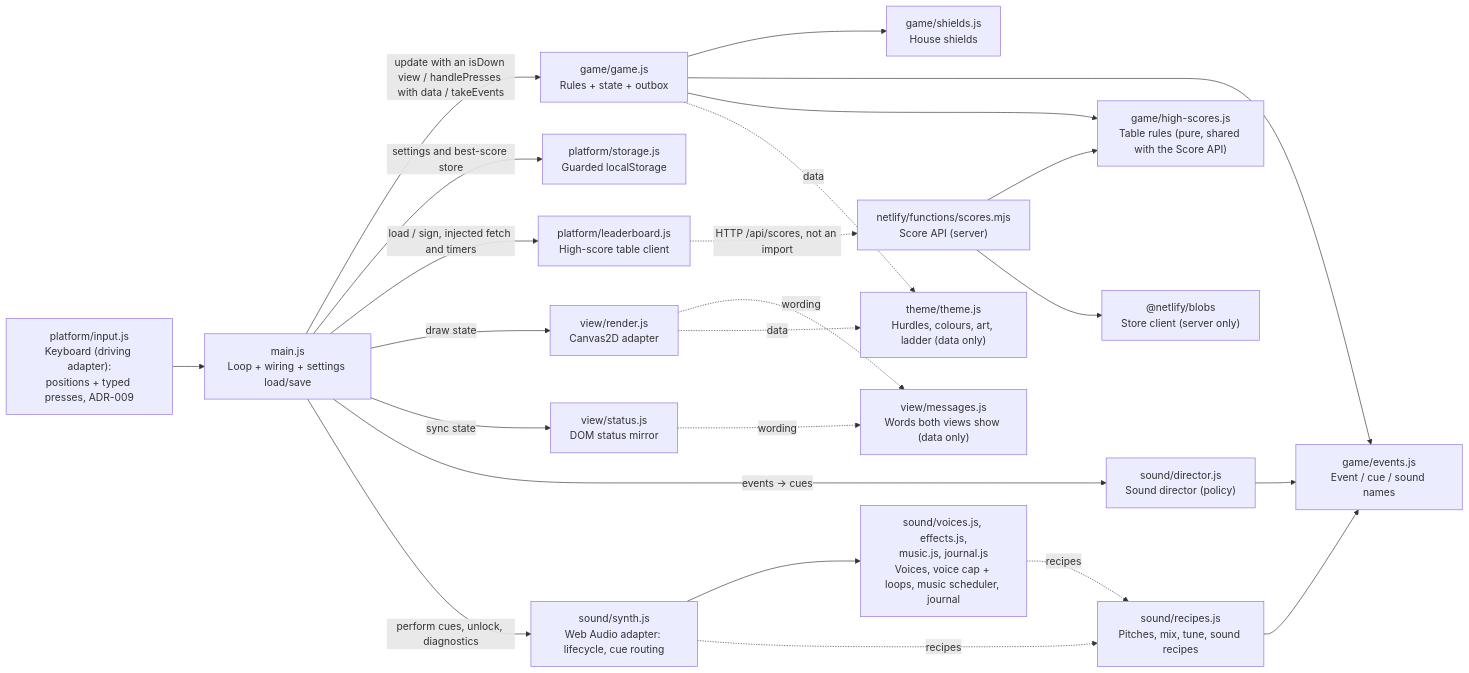
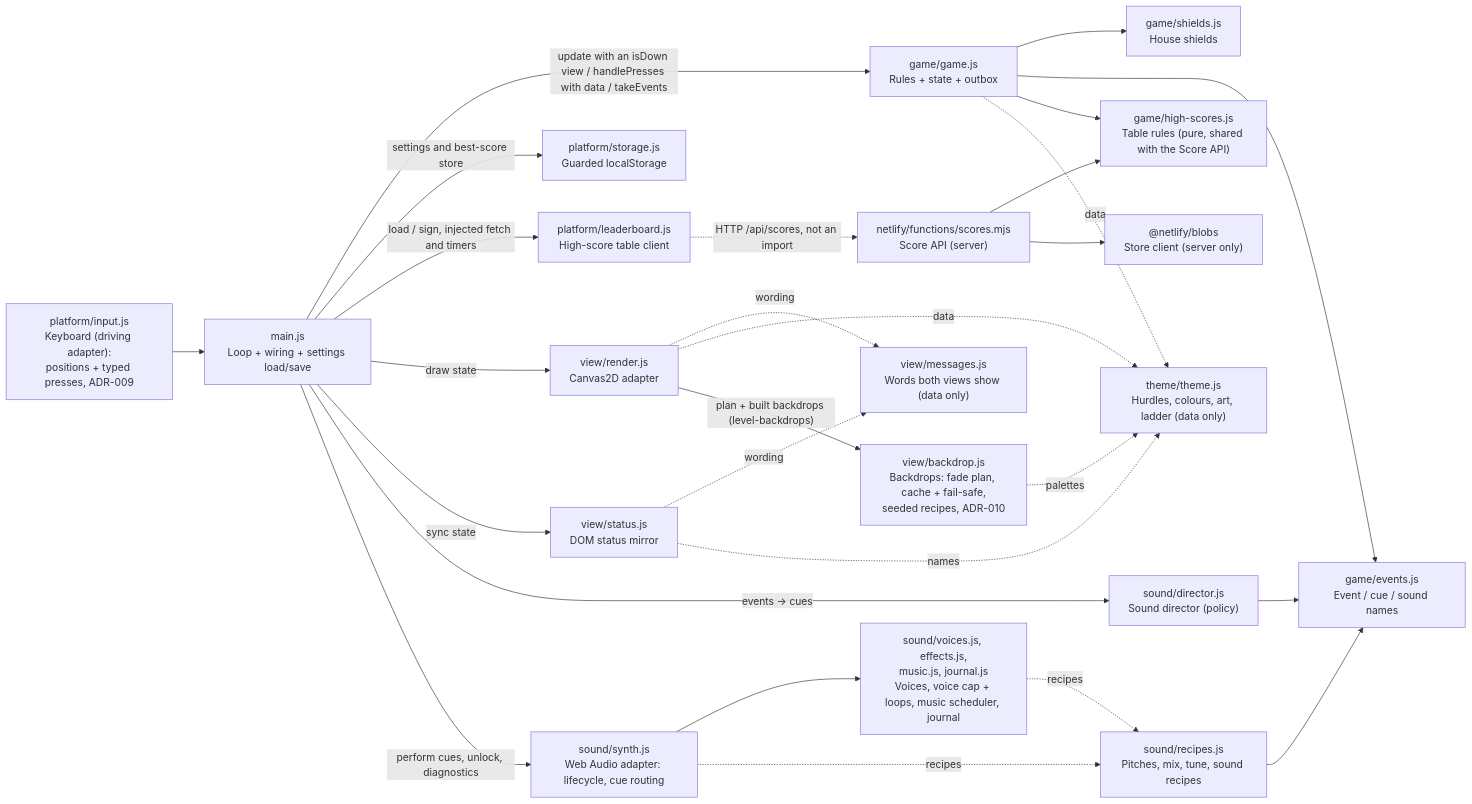
Before and after one commit to lagom1985/rightmove-space-invaders: the third of 3 diagrams in docs/product/architecture/brief.md, drawn with Mermaid. The commit also changed other lines of this file and 3 other files, not shown here.

First line of the commit message:
docs(rightmove-invaders-level-backdrops): DESIGN (neighbourhood backdrops, ADR-010 and ADR-011)

````diff
--- a/docs/product/architecture/brief.md
+++ b/docs/product/architecture/brief.md
@@ -80,26 +82,29 @@
 ```mermaid
 flowchart LR
   kb["platform/input.js<br/>Keyboard (driving adapter):<br/>positions + typed presses, ADR-009"] --> main
   main["main.js<br/>Loop + wiring + settings load/save"] -->|"update with an isDown view / handlePresses with data / takeEvents"| game["game/game.js<br/>Rules + state + outbox"]
   game --> shields["game/shields.js<br/>House shields"]
   game --> events["game/events.js<br/>Event / cue / sound names"]
   game --> rules["game/high-scores.js<br/>Table rules (pure, shared with the Score API)"]
   game -. data .-> theme["theme/theme.js<br/>Hurdles, colours, art, ladder (data only)"]
   main -->|settings and best-score store| storage["platform/storage.js<br/>Guarded localStorage"]
   main -->|load / sign, injected fetch and timers| lb["platform/leaderboard.js<br/>High-score table client"]
   lb -.->|"HTTP /api/scores, not an import"| api["netlify/functions/scores.mjs<br/>Score API (server)"]
   api --> rules
   api --> blobsLib["@netlify/blobs<br/>Store client (server only)"]
   main -->|draw state| render["view/render.js<br/>Canvas2D adapter"]
   main -->|sync state| status["view/status.js<br/>DOM status mirror"]
   render -. wording .-> messages["view/messages.js<br/>Words both views show (data only)"]
   status -. wording .-> messages
   main -->|events → cues| director["sound/director.js<br/>Sound director (policy)"]
   director --> events
   main -->|perform cues, unlock, diagnostics| synth["sound/synth.js<br/>Web Audio adapter: lifecycle, cue routing"]
   synth --> synthParts["sound/voices.js, effects.js,<br/>music.js, journal.js<br/>Voices, voice cap + loops, music scheduler, journal"]
   synth -. recipes .-> recipes["sound/recipes.js<br/>Pitches, mix, tune, sound recipes"]
   synthParts -. recipes .-> recipes
   recipes --> events
   render -. data .-> theme
+  render -->|"plan + built backdrops (level-backdrops)"| backdrop["view/backdrop.js<br/>Backdrops: fade plan, cache + fail-safe,<br/>seeded recipes, ADR-010"]
+  backdrop -. palettes .-> theme
+  status -. names .-> theme
 ```
````
